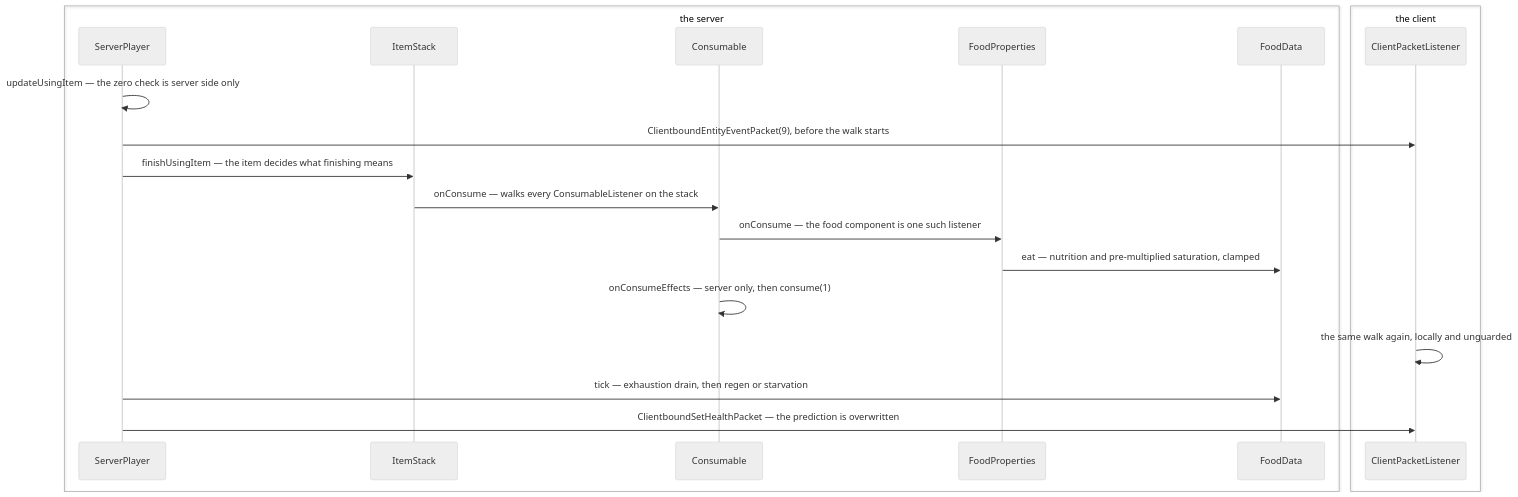
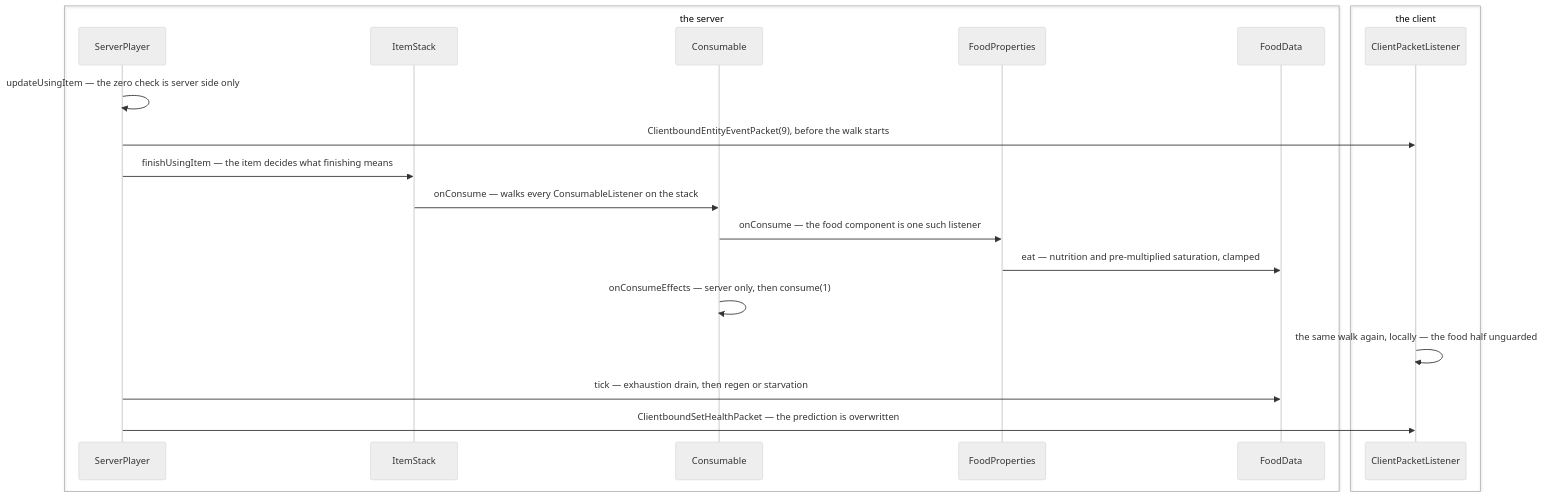
The second of 2 diagrams in src/systems/player/hunger-and-experience.md (AlexanderjFraser/MinecraftDocs), drawn with Mermaid (neutral theme) before and after one commit. The commit also changed other lines of this file and 16 other files, not shown here.

````diff
--- a/src/systems/player/hunger-and-experience.md
+++ b/src/systems/player/hunger-and-experience.md
@@ -142,24 +148,24 @@
 ```mermaid
 sequenceDiagram
     box transparent the server
     participant SP as ServerPlayer
     participant IStack as ItemStack
     participant Cons as Consumable
     participant FP as FoodProperties
     participant FD as FoodData
     end
     box transparent the client
     participant CPL as ClientPacketListener
     end
 
     SP->>SP: updateUsingItem — the zero check is server side only
     SP->>CPL: ClientboundEntityEventPacket(9), before the walk starts
     SP->>IStack: finishUsingItem — the item decides what finishing means
     IStack->>Cons: onConsume — walks every ConsumableListener on the stack
     Cons->>FP: onConsume — the food component is one such listener
     FP->>FD: eat — nutrition and pre-multiplied saturation, clamped
     Cons->>Cons: onConsumeEffects — server only, then consume(1)
-    CPL->>CPL: the same walk again, locally and unguarded
+    CPL->>CPL: the same walk again, locally — the food half unguarded
     SP->>FD: tick — exhaustion drain, then regen or starvation
     SP->>CPL: ClientboundSetHealthPacket — the prediction is overwritten
 ```
````
